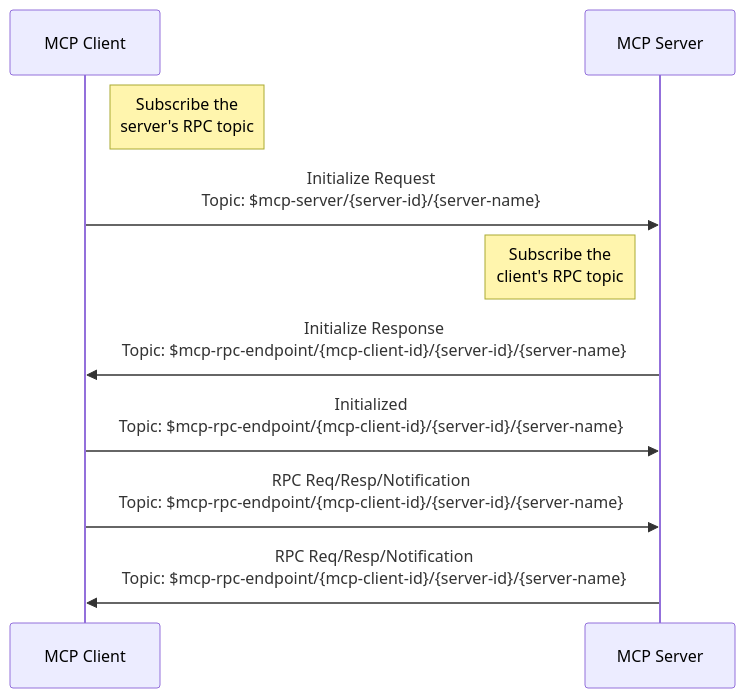
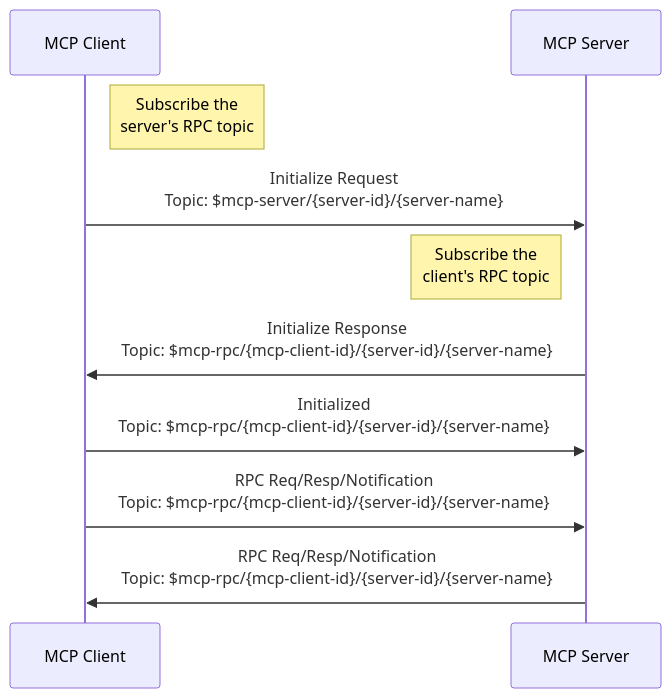
Before and after one commit to mqtt-ai/mcp-over-mqtt: the second of 4 diagrams in specification/2025-03-26/basic/mqtt_transport.md, drawn with Mermaid. The commit also changed other lines of this file, not shown here.

Commit message:
rename topic $mcp-rpc-endpoint to $mcp-rpc

````diff
--- a/specification/2025-03-26/basic/mqtt_transport.md
+++ b/specification/2025-03-26/basic/mqtt_transport.md
@@ -251,13 +251,13 @@
 ```mermaid
 sequenceDiagram
   participant MCP_Client as MCP Client
   participant MCP_Server as MCP Server
 
   Note right of MCP_Client: Subscribe the<br/>server's RPC topic
   MCP_Client ->> MCP_Server: Initialize Request<br/>Topic: $mcp-server/{server-id}/{server-name}
   Note left of MCP_Server: Subscribe the<br/>client's RPC topic
-  MCP_Server ->> MCP_Client: Initialize Response<br/>Topic: $mcp-rpc-endpoint/{mcp-client-id}/{server-id}/{server-name}
-  MCP_Client ->> MCP_Server: Initialized<br/>Topic: $mcp-rpc-endpoint/{mcp-client-id}/{server-id}/{server-name}
-  MCP_Client ->> MCP_Server: RPC Req/Resp/Notification<br/>Topic: $mcp-rpc-endpoint/{mcp-client-id}/{server-id}/{server-name}
-  MCP_Server ->> MCP_Client: RPC Req/Resp/Notification<br/>Topic: $mcp-rpc-endpoint/{mcp-client-id}/{server-id}/{server-name}
+  MCP_Server ->> MCP_Client: Initialize Response<br/>Topic: $mcp-rpc/{mcp-client-id}/{server-id}/{server-name}
+  MCP_Client ->> MCP_Server: Initialized<br/>Topic: $mcp-rpc/{mcp-client-id}/{server-id}/{server-name}
+  MCP_Client ->> MCP_Server: RPC Req/Resp/Notification<br/>Topic: $mcp-rpc/{mcp-client-id}/{server-id}/{server-name}
+  MCP_Server ->> MCP_Client: RPC Req/Resp/Notification<br/>Topic: $mcp-rpc/{mcp-client-id}/{server-id}/{server-name}
 ```
````
